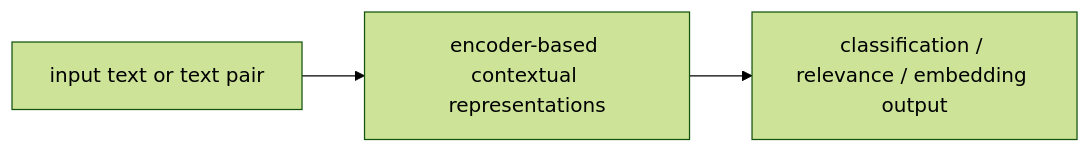
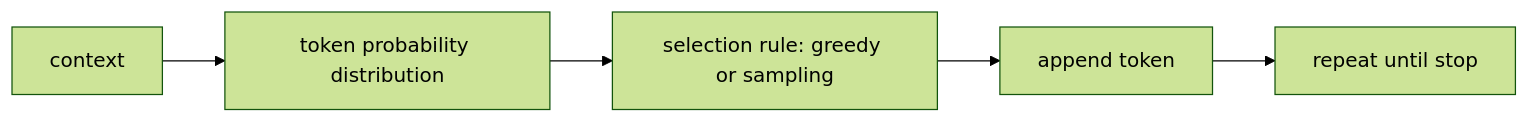
Before and after one commit to devchan64/AiBook: the diagram in docs/parts/part-05/chapter-05/section-02.md, drawn with Mermaid (forest theme). The commit also changed other lines of this file and 47 other files, not shown here.

````diff
--- a/docs/parts/part-05/chapter-05/section-02.md
+++ b/docs/parts/part-05/chapter-05/section-02.md
@@ -138,8 +92,10 @@
 ```mermaid
 flowchart LR
-  A["input text or text pair"]
-  B["encoder-based contextual representations"]
-  C["classification / relevance / embedding output"]
+  A["context"]
+  B["token probability distribution"]
+  C["selection rule: greedy or sampling"]
+  D["append token"]
+  E["repeat until stop"]
 
-  A --> B --> C
+  A --> B --> C --> D --> E
 ```
````
